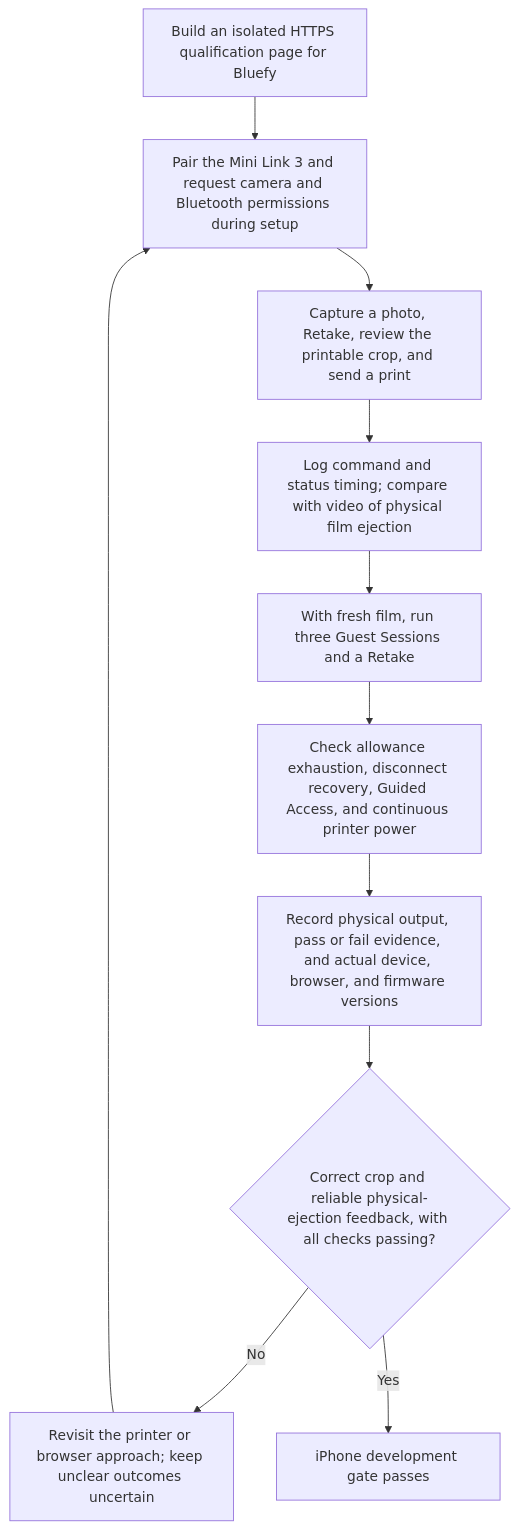
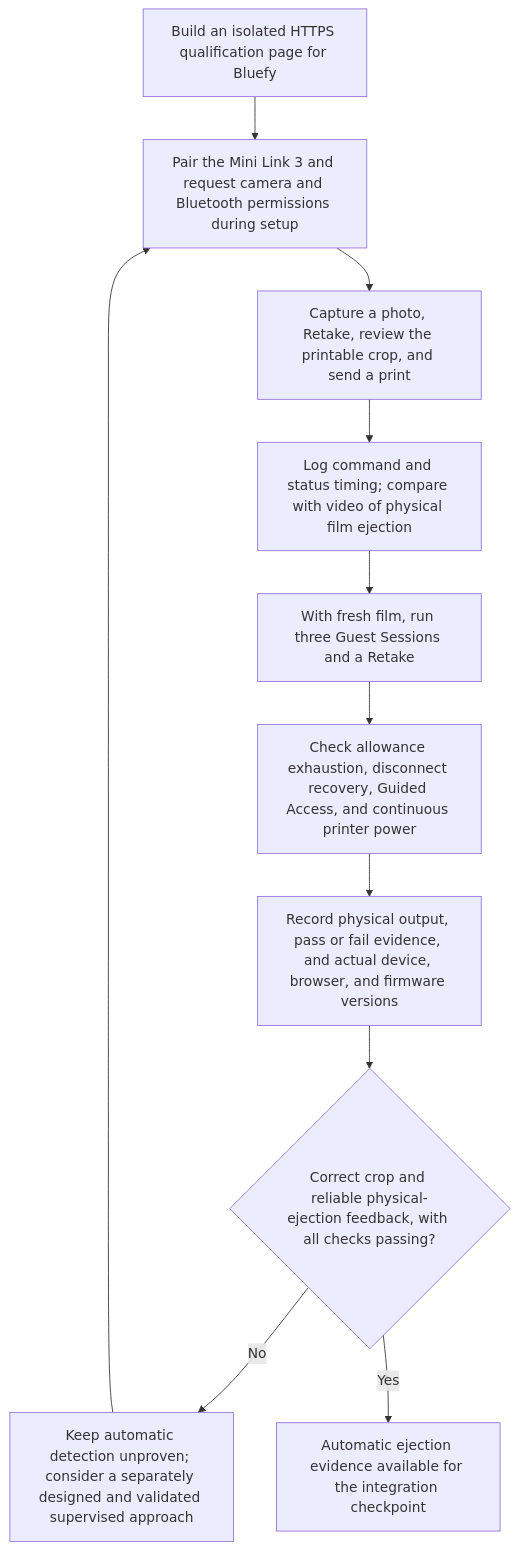
Before and after one commit to noelorph/diy-instax-photobooth: the second of 4 diagrams in docs/diagrams/printing-to-deployment-flow.md, drawn with Mermaid. The commit also changed other lines of this file and 13 other files, not shown here.

Commit message:
Move print qualification to integration checkpoint

````diff
--- a/docs/diagrams/printing-to-deployment-flow.md
+++ b/docs/diagrams/printing-to-deployment-flow.md
@@ -18,13 +18,13 @@
 ```mermaid
 flowchart TD
     A["Build an isolated HTTPS qualification page for Bluefy"] --> B["Pair the Mini Link 3 and request camera and Bluetooth permissions during setup"]
     B --> C["Capture a photo, Retake, review the printable crop, and send a print"]
     C --> D["Log command and status timing; compare with video of physical film ejection"]
     D --> E["With fresh film, run three Guest Sessions and a Retake"]
     E --> E2["Check allowance exhaustion, disconnect recovery, Guided Access, and continuous printer power"]
     E2 --> F["Record physical output, pass or fail evidence, and actual device, browser, and firmware versions"]
     F --> G{"Correct crop and reliable physical-ejection feedback, with all checks passing?"}
-    G -- No --> H["Revisit the printer or browser approach; keep unclear outcomes uncertain"]
+    G -- No --> H["Keep automatic detection unproven; consider a separately designed and validated supervised approach"]
     H --> B
-    G -- Yes --> I["iPhone development gate passes"]
+    G -- Yes --> I["Automatic ejection evidence available for the integration checkpoint"]
 ```
````
